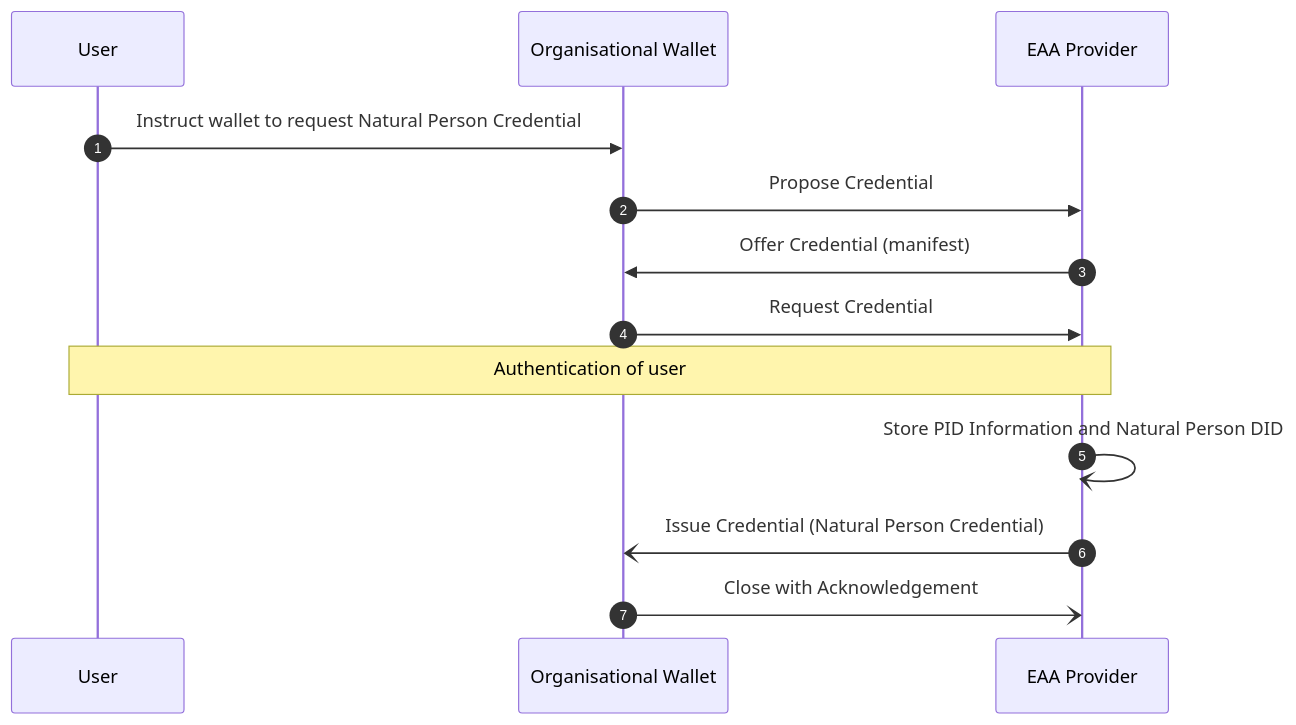
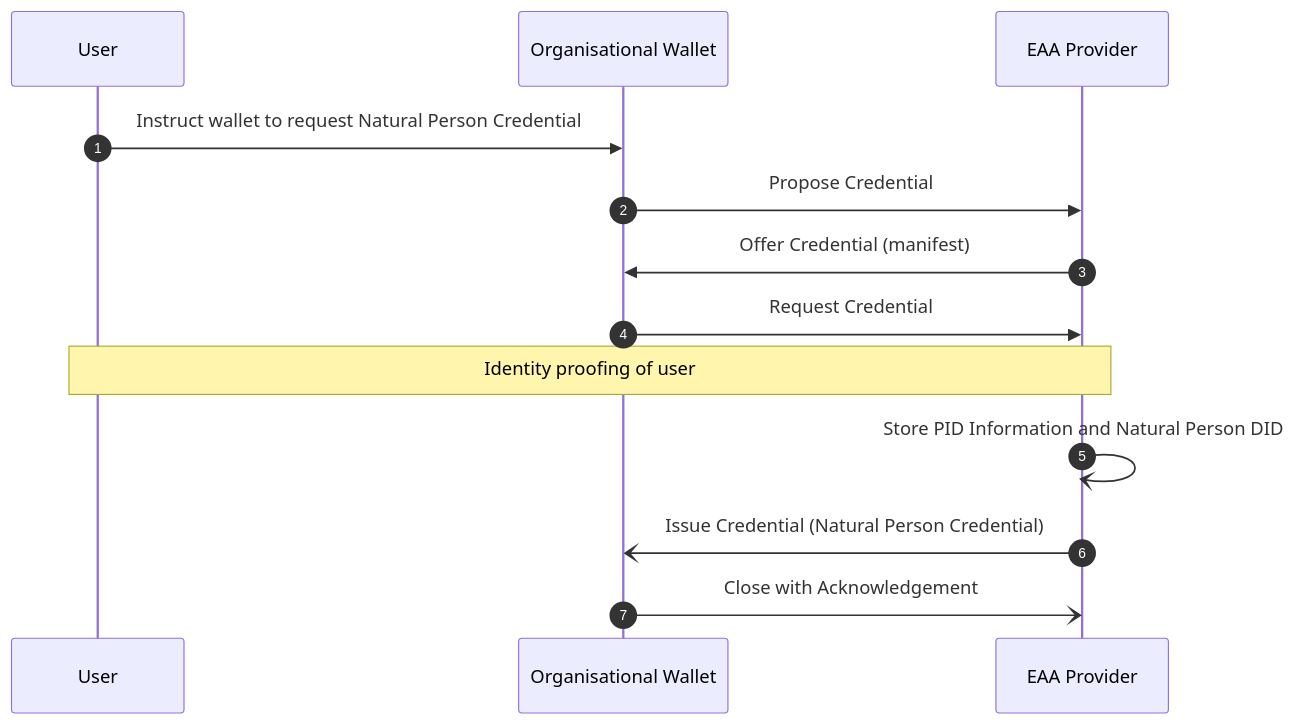
The first of 4 diagrams in ewc-rfc010-issue-and-present-organisational-credentials.md (EWC-consortium/eudi-wallet-rfcs), drawn with Mermaid before and after one commit. The commit also changed other lines of this file, not shown here.

````diff
--- a/ewc-rfc010-issue-and-present-organisational-credentials.md
+++ b/ewc-rfc010-issue-and-present-organisational-credentials.md
@@ -167,19 +167,19 @@
 ```mermaid
 sequenceDiagram
   autonumber
 
   participant User as User
   participant OrgWallet as Organisational Wallet
   participant EAAP as EAA Provider
 
   User->>OrgWallet: Instruct wallet to request Natural Person Credential
   OrgWallet->>EAAP: Propose Credential
   EAAP->>OrgWallet: Offer Credential (manifest)
   OrgWallet->>EAAP: Request Credential
 
-  Note over User, EAAP: Authentication of user
+  Note over User, EAAP: Identity proofing of user
 
   EAAP-)EAAP: Store PID Information and Natural Person DID
   EAAP-)OrgWallet: Issue Credential (Natural Person Credential)
   OrgWallet -) EAAP: Close with Acknowledgement
 ```
````
